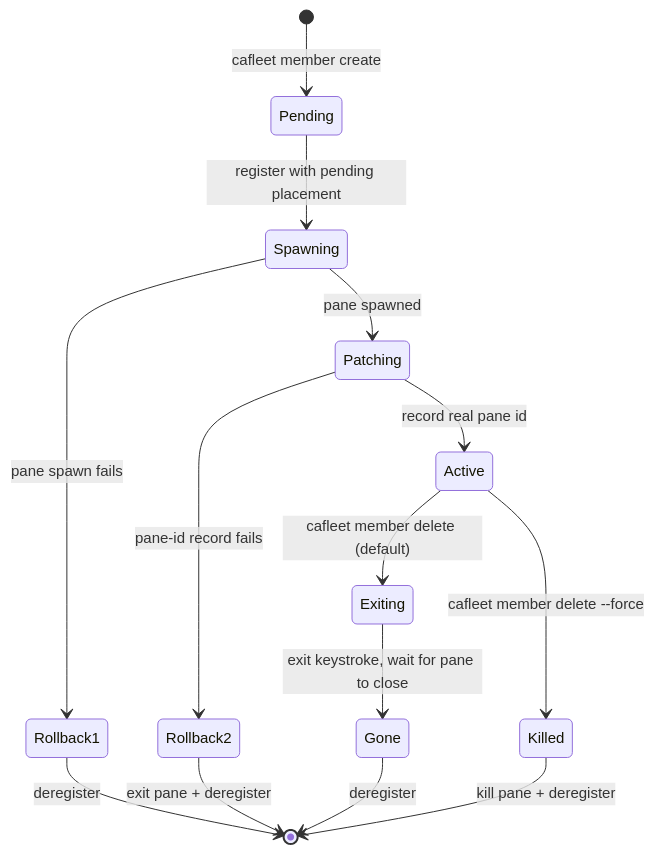
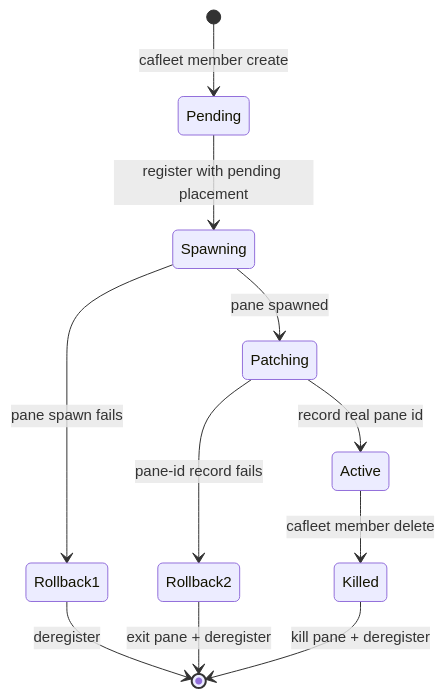
One commit to himkt/cafleet changed the diagram in docs/concepts/member-lifecycle.md. Above: the diagram before and after it, drawn with Mermaid. The commit also changed other lines of this file and 3 other files, not shown here.

Commit message:
docs: rewrite member delete spec for immediate-kill default (Step 1)

````diff
--- a/docs/concepts/member-lifecycle.md
+++ b/docs/concepts/member-lifecycle.md
@@ -25,20 +25,16 @@
 ```mermaid
 %%{init: {'theme': 'default', 'themeVariables': {'fontSize': '15px'}}}%%
 stateDiagram-v2
     [*] --> Pending: cafleet member create
     Pending --> Spawning: register with pending placement
     Spawning --> Patching: pane spawned
     Patching --> Active: record real pane id
 
     Spawning --> Rollback1: pane spawn fails
     Patching --> Rollback2: pane-id record fails
     Rollback1 --> [*]: deregister
     Rollback2 --> [*]: exit pane + deregister
 
-    Active --> Exiting: cafleet member delete (default)
-    Exiting --> Gone: exit keystroke, wait for pane to close
-    Gone --> [*]: deregister
-
-    Active --> Killed: cafleet member delete --force
+    Active --> Killed: cafleet member delete
     Killed --> [*]: kill pane + deregister
 ```
````
